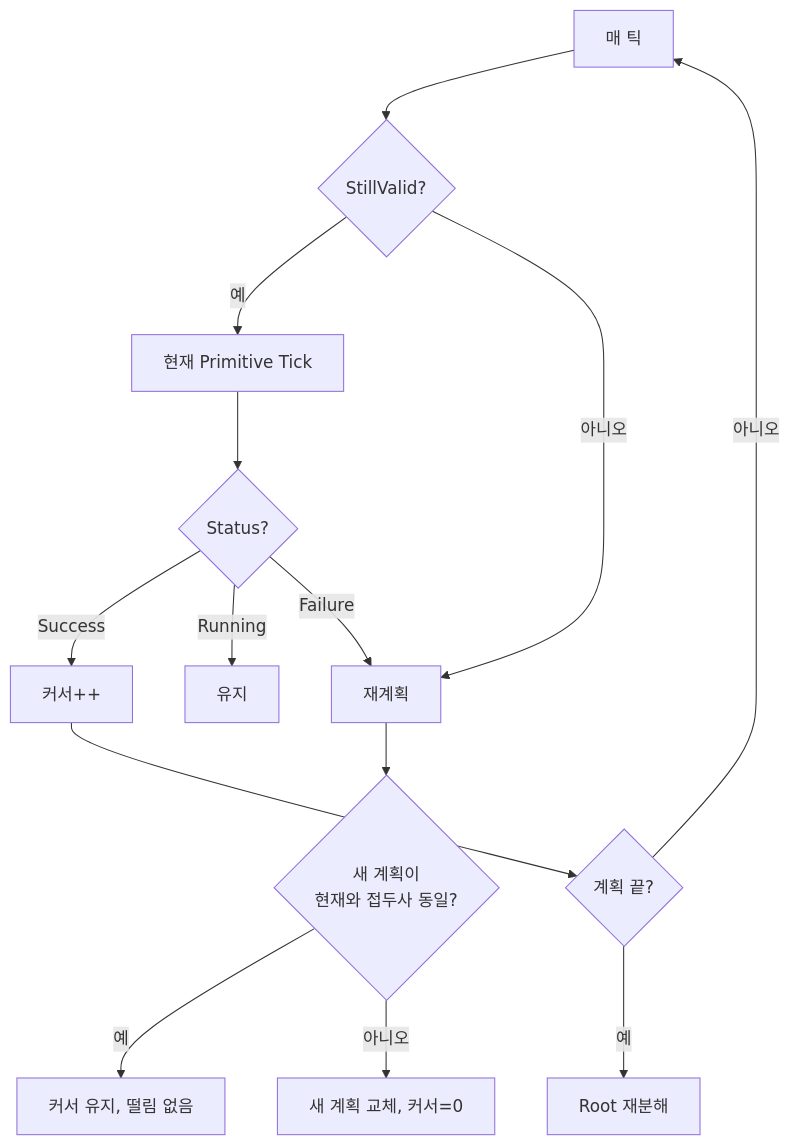
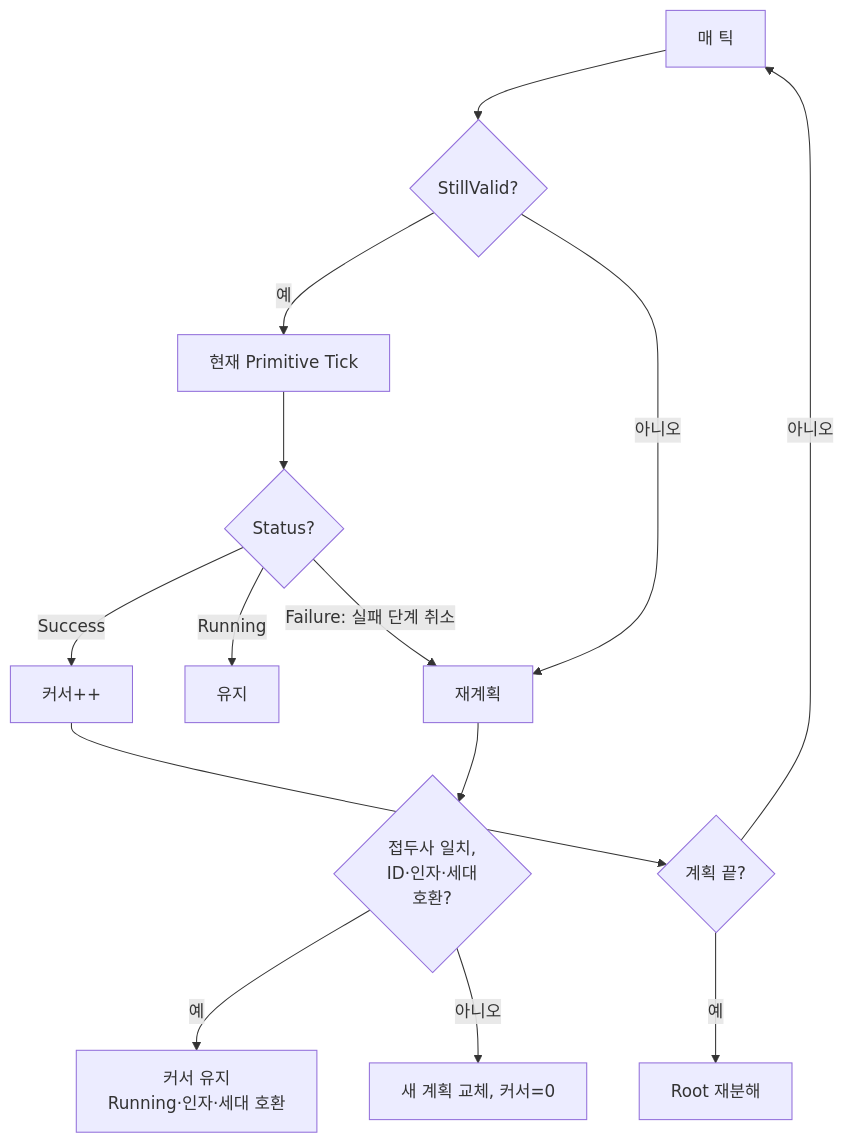
The fourth of 5 diagrams in ai/part05_htn.md (Rein-ArXiv/game-dev-curriculum), drawn with Mermaid before and after one commit. The commit also changed other lines of this file and 279 other files, not shown here.

````diff
--- a/ai/part05_htn.md
+++ b/ai/part05_htn.md
@@ -592,16 +607,16 @@
 ```mermaid
 flowchart TB
     Tick[매 틱] --> V{StillValid?}
     V -->|예| Run[현재 Primitive Tick]
     V -->|아니오| RP[재계획]
     Run --> S{Status?}
     S -->|Success| Adv[커서++]
     S -->|Running| Wait[유지]
-    S -->|Failure| RP
-    RP --> Cmp{새 계획이<br/>현재와 접두사 동일?}
-    Cmp -->|예| Keep[커서 유지, 떨림 없음]
+    S -->|"Failure: 실패 단계 취소"| RP
+    RP --> Cmp{접두사 일치,<br/>ID·인자·세대<br/>호환?}
+    Cmp -->|예| Keep[커서 유지<br/>Running·인자·세대 호환]
     Cmp -->|아니오| Swap[새 계획 교체, 커서=0]
     Adv --> Done{계획 끝?}
     Done -->|아니오| Tick
     Done -->|예| Replan2[Root 재분해]
 ```
````
